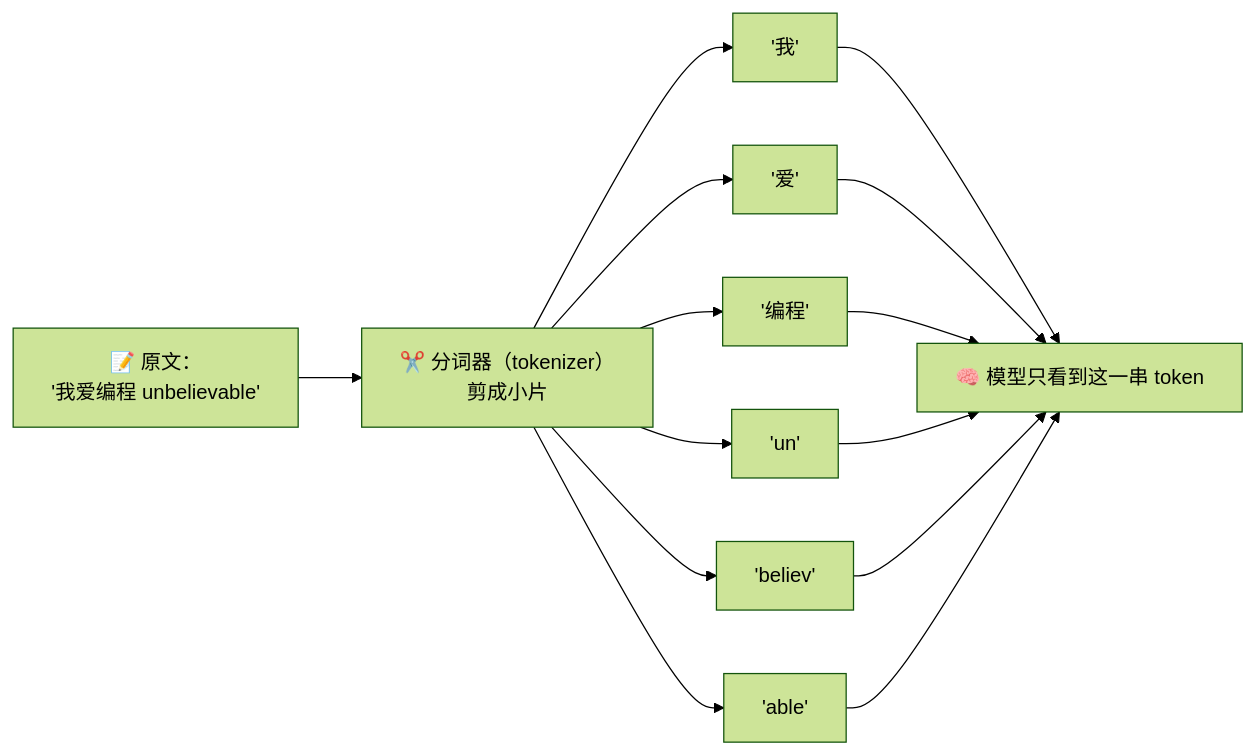
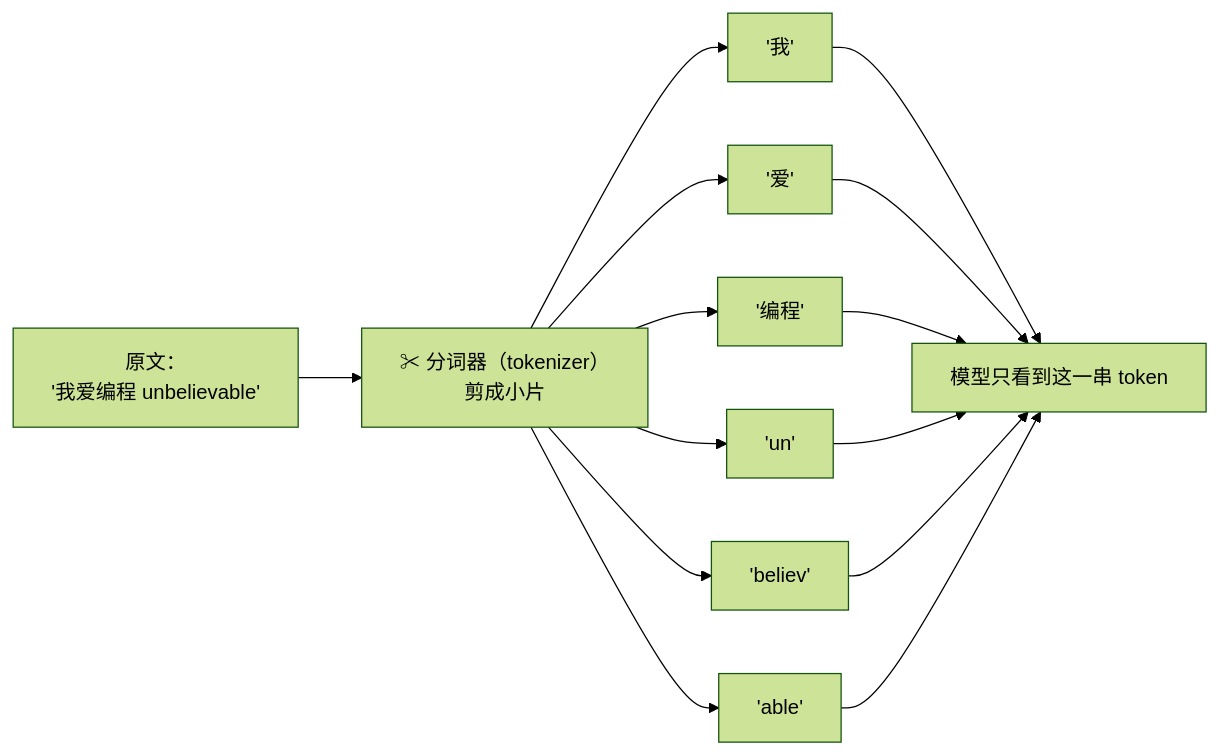
One commit to luckykhy/KhyAiHub changed the first of 6 diagrams in docs/02_CONCEPTS_概念入门/CONCEPT/[CONCEPT-08] 什么是Context与Token-上下文与令牌.md. Above: the diagram before and after it, drawn with Mermaid (forest theme). The commit also changed other lines of this file and 19 other files, not shown here.

````diff
--- a/docs/02_CONCEPTS_概念入门/CONCEPT/[CONCEPT-08] 什么是Context与Token-上下文与令牌.md
+++ b/docs/02_CONCEPTS_概念入门/CONCEPT/[CONCEPT-08] 什么是Context与Token-上下文与令牌.md
@@ -44,11 +44,11 @@
 ```mermaid
 flowchart LR
-  TXT["📝 原文：<br/>'我爱编程 unbelievable'"] --> TK["✂️ 分词器（tokenizer）<br/>剪成小片"]
+  TXT["原文：<br/>'我爱编程 unbelievable'"] --> TK["✂ 分词器（tokenizer）<br/>剪成小片"]
   TK --> T1["'我'"]
   TK --> T2["'爱'"]
   TK --> T3["'编程'"]
   TK --> T4["'un'"]
   TK --> T5["'believ'"]
   TK --> T6["'able'"]
-  T1 & T2 & T3 & T4 & T5 & T6 --> LLM["🧠 模型只看到这一串 token"]
+  T1 & T2 & T3 & T4 & T5 & T6 --> LLM["模型只看到这一串 token"]
 ```
````
